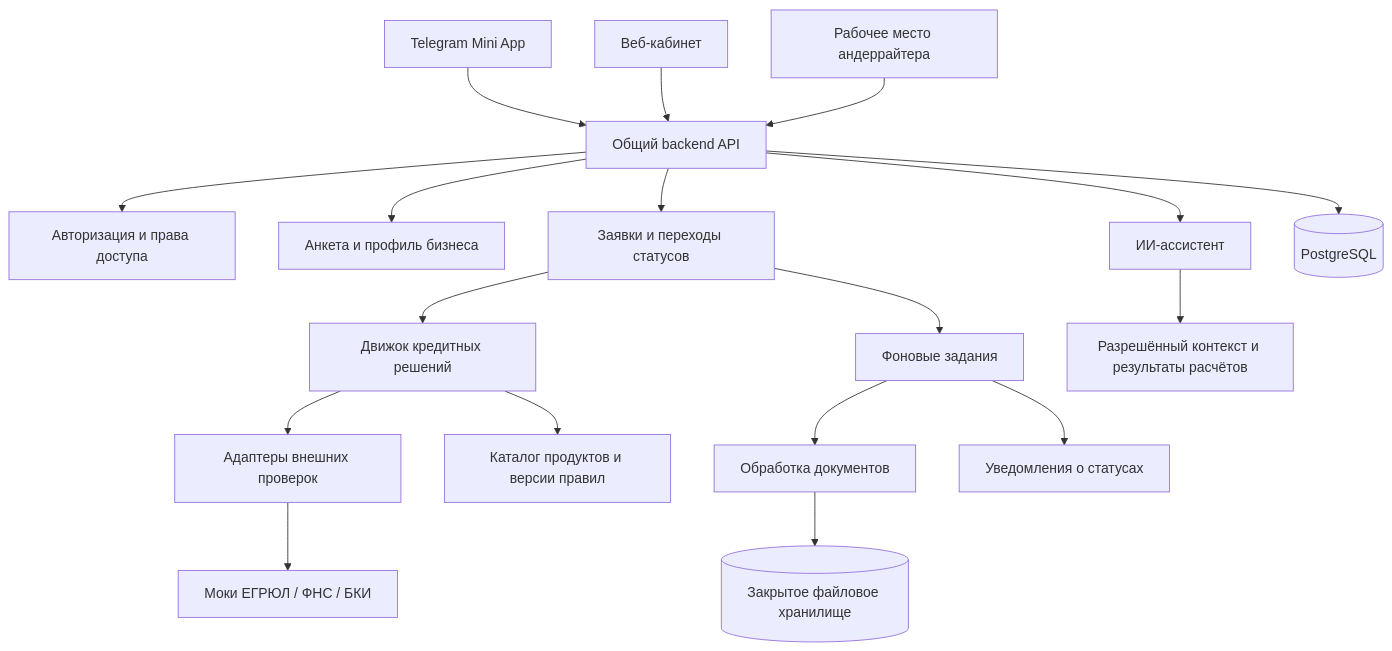
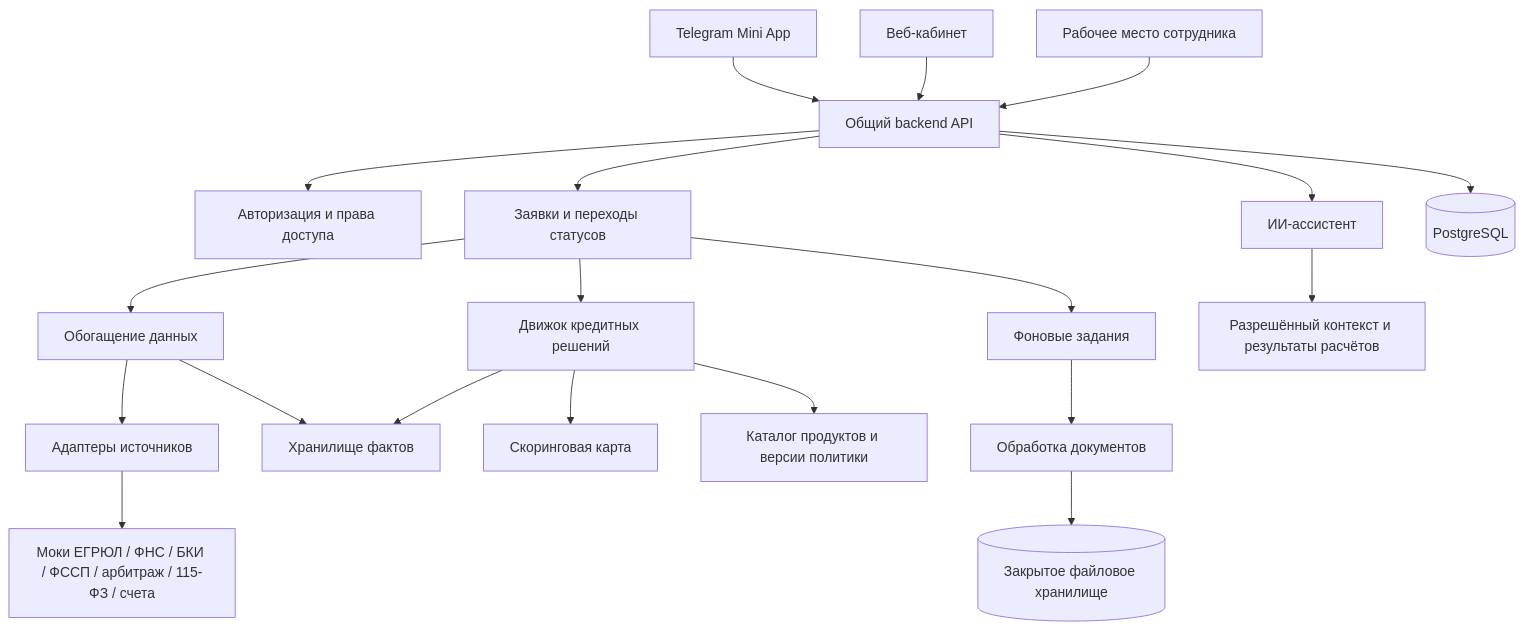
Before and after one commit to LessVegetables/smart_banking: the diagram in ARCHITECTURE.md, drawn with Mermaid. The commit also changed other lines of this file and 23 other files, not shown here.

````diff
--- a/ARCHITECTURE.md
+++ b/ARCHITECTURE.md
@@ -38,20 +20,22 @@
 ```mermaid
 flowchart TB
     Mini[Telegram Mini App] --> API[Общий backend API]
     Web[Веб-кабинет] --> API
-    Staff[Рабочее место андеррайтера] --> API
+    Staff[Рабочее место сотрудника] --> API
     API --> Identity[Авторизация и права доступа]
-    API --> Survey[Анкета и профиль бизнеса]
     API --> Application[Заявки и переходы статусов]
+    Application --> Enrichment[Обогащение данных]
+    Enrichment --> Sources[Адаптеры источников]
+    Sources --> Mock[Моки ЕГРЮЛ / ФНС / БКИ / ФССП / арбитраж / 115-ФЗ / счета]
+    Enrichment --> Facts[Хранилище фактов]
     Application --> Engine[Движок кредитных решений]
-    Engine --> Checks[Адаптеры внешних проверок]
-    Checks --> Mock[Моки ЕГРЮЛ / ФНС / БКИ]
-    Engine --> Rules[Каталог продуктов и версии правил]
+    Engine --> Facts
+    Engine --> Scoring[Скоринговая карта]
+    Engine --> Rules[Каталог продуктов и версии политики]
     API --> Assistant[ИИ-ассистент]
     Assistant --> Context[Разрешённый контекст и результаты расчётов]
     API --> DB[(PostgreSQL)]
     Application --> Jobs[Фоновые задания]
     Jobs --> Files[Обработка документов]
     Files --> Storage[(Закрытое файловое хранилище)]
-    Jobs --> Notifications[Уведомления о статусах]
 ```
````
